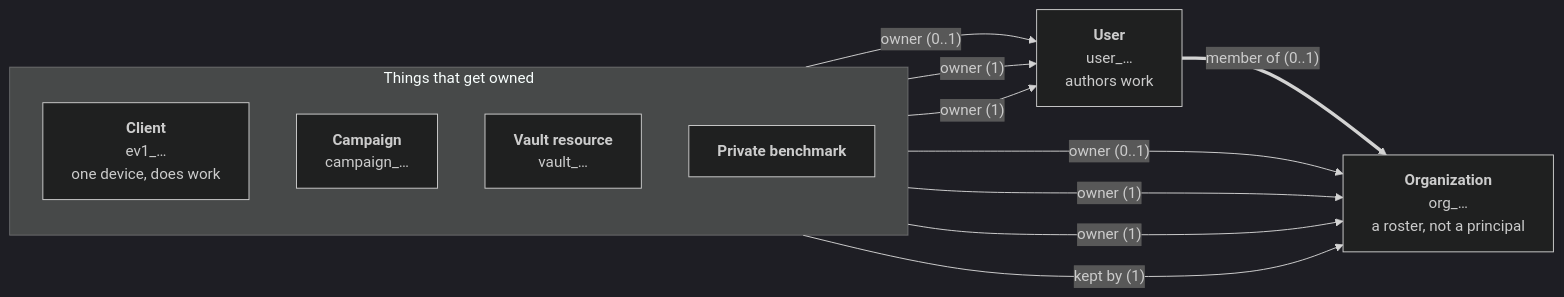
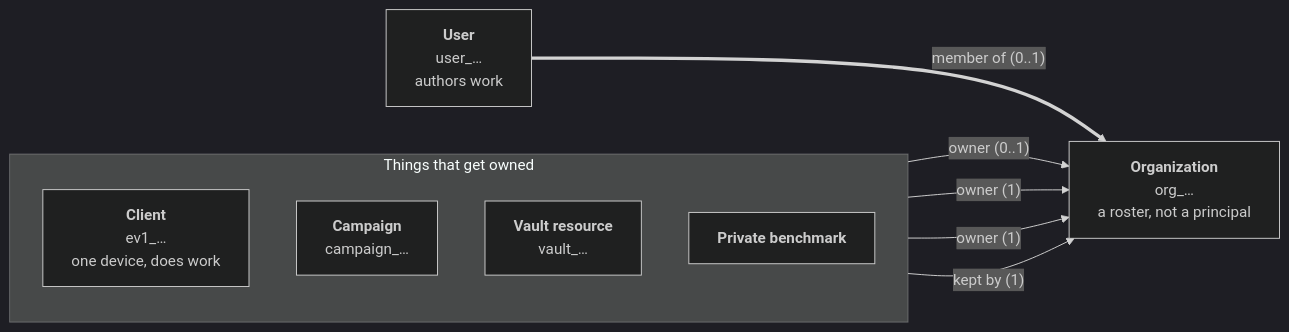
One commit to Liquid4All/pipette-mgmt changed the first of 27 diagrams in docs/topology.md. Above: the diagram before and after it, drawn with Mermaid (dark theme). The commit also changed other lines of this file and 432 other files, not shown here.

````diff
--- a/docs/topology.md
+++ b/docs/topology.md
@@ -23,22 +23,19 @@
 ```mermaid
 flowchart LR
     subgraph things["Things that get owned"]
         direction TB
         client["<b>Client</b><br/>ev1_…<br/>one device, does work"]
         campaign["<b>Campaign</b><br/>campaign_…"]
         vault["<b>Vault resource</b><br/>vault_…"]
         bench["<b>Private benchmark</b>"]
     end
 
     user["<b>User</b><br/>user_…<br/>authors work"]
     org["<b>Organization</b><br/>org_…<br/>a roster, not a principal"]
 
-    client -- "owner (0..1)" --> user
     client -- "owner (0..1)" --> org
-    campaign -- "owner (1)" --> user
     campaign -- "owner (1)" --> org
-    vault -- "owner (1)" --> user
     vault -- "owner (1)" --> org
     bench -- "kept by (1)" --> org
     user == "member of (0..1)" ==> org
 ```
````
